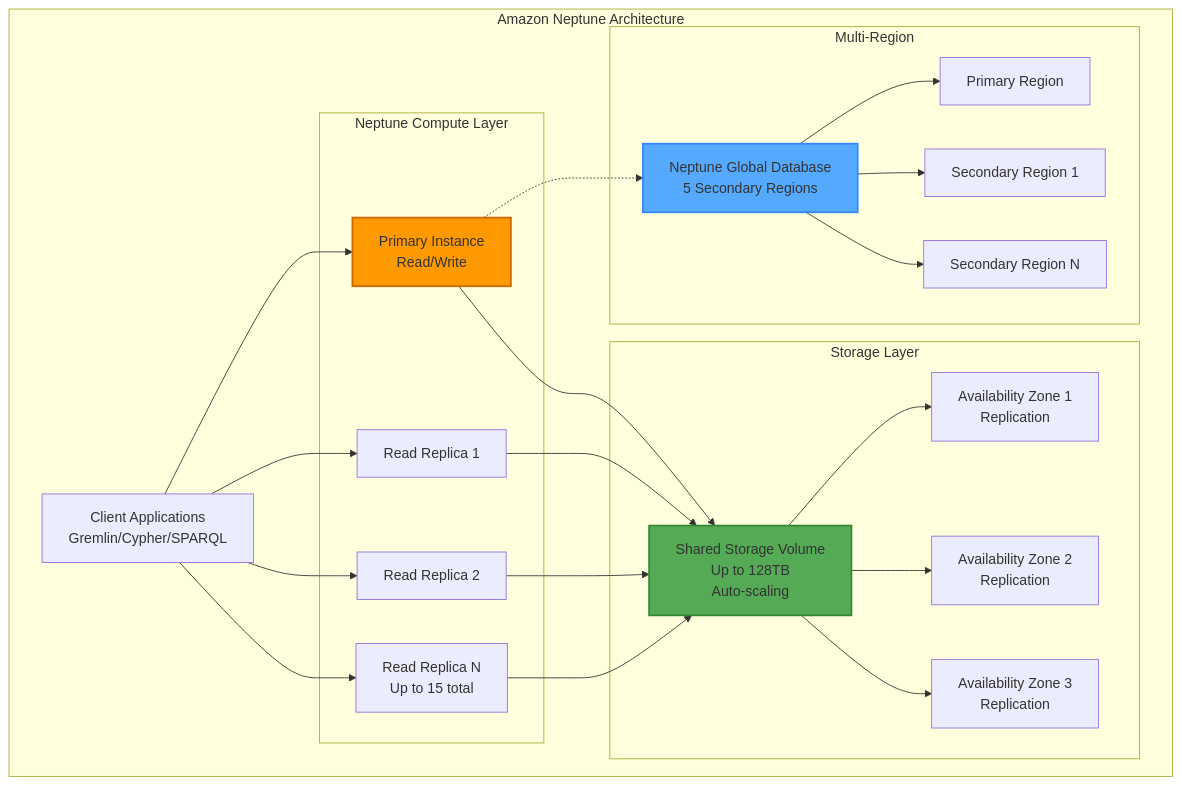
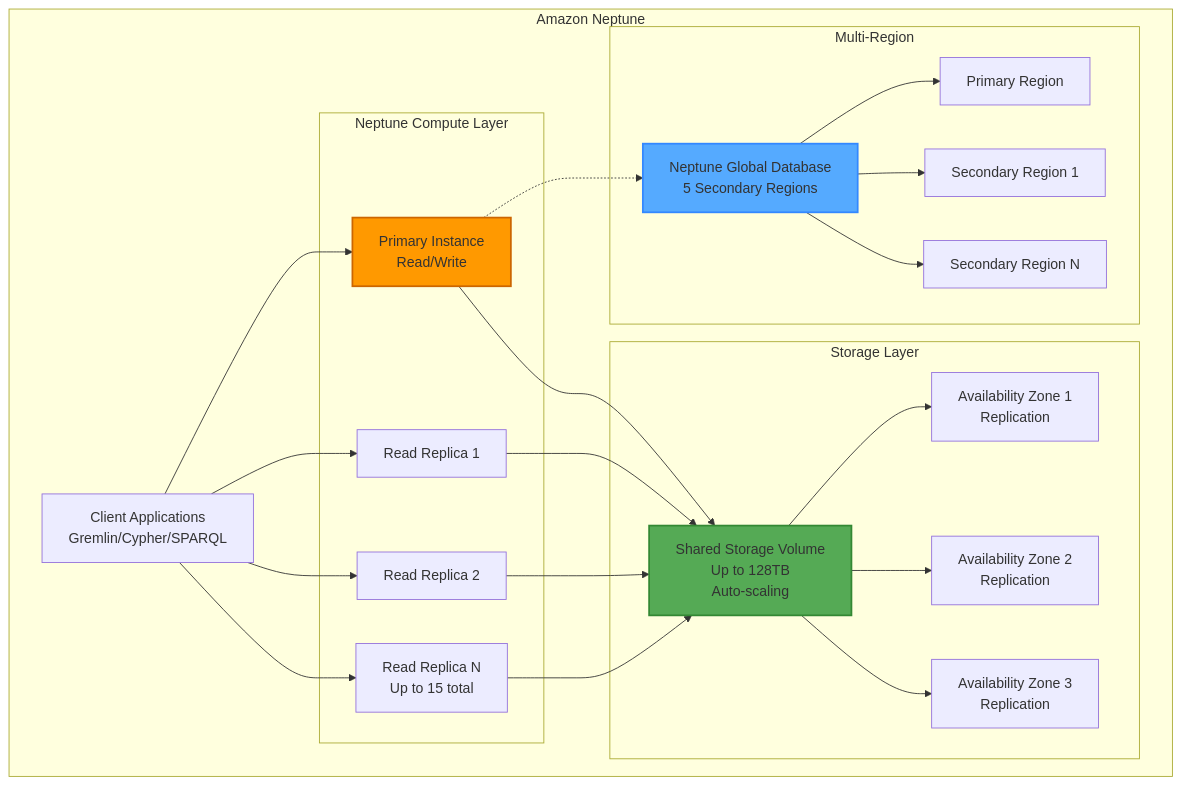
The fifth of 15 diagrams in Engineering/Databases/GraphDB-massive-scale-analysis.md (rsrini7/Learnings), drawn with Mermaid before and after one commit. The commit also changed 7 other files, not shown here.

First line of the commit message:
docs: update mermaid flowcharts in documentation

````diff
--- a/Engineering/Databases/GraphDB-massive-scale-analysis.md
+++ b/Engineering/Databases/GraphDB-massive-scale-analysis.md
@@ -315,50 +315,50 @@
 ```mermaid
 graph TB
-    subgraph "Amazon Neptune Architecture"
+    subgraph "Amazon Neptune"
         Client[Client Applications<br/>Gremlin/Cypher/SPARQL]
         
         subgraph "Neptune Compute Layer"
             Primary[Primary Instance<br/>Read/Write]
             R1[Read Replica 1]
             R2[Read Replica 2]
             RN[Read Replica N<br/>Up to 15 total]
         end
         
         subgraph "Storage Layer"
             Storage[Shared Storage Volume<br/>Up to 128TB<br/>Auto-scaling]
             AZ1[Availability Zone 1<br/>Replication]
             AZ2[Availability Zone 2<br/>Replication]
             AZ3[Availability Zone 3<br/>Replication]
         end
         
         subgraph "Multi-Region"
             Global[Neptune Global Database<br/>5 Secondary Regions]
             Region1[Primary Region]
             Region2[Secondary Region 1]
             RegionN[Secondary Region N]
         end
         
         Client --> Primary
         Client --> R1
         Client --> R2
         Client --> RN
         
         Primary --> Storage
         R1 --> Storage
         R2 --> Storage
         RN --> Storage
         
         Storage --> AZ1
         Storage --> AZ2
         Storage --> AZ3
         
         Primary -.-> Global
         Global --> Region1
         Global --> Region2
         Global --> RegionN
     end
     
     style Primary fill:#f90,stroke:#c60,stroke-width:2px
     style Storage fill:#5a5,stroke:#383,stroke-width:2px
     style Global fill:#5af,stroke:#38f,stroke-width:2px
 ```
````
